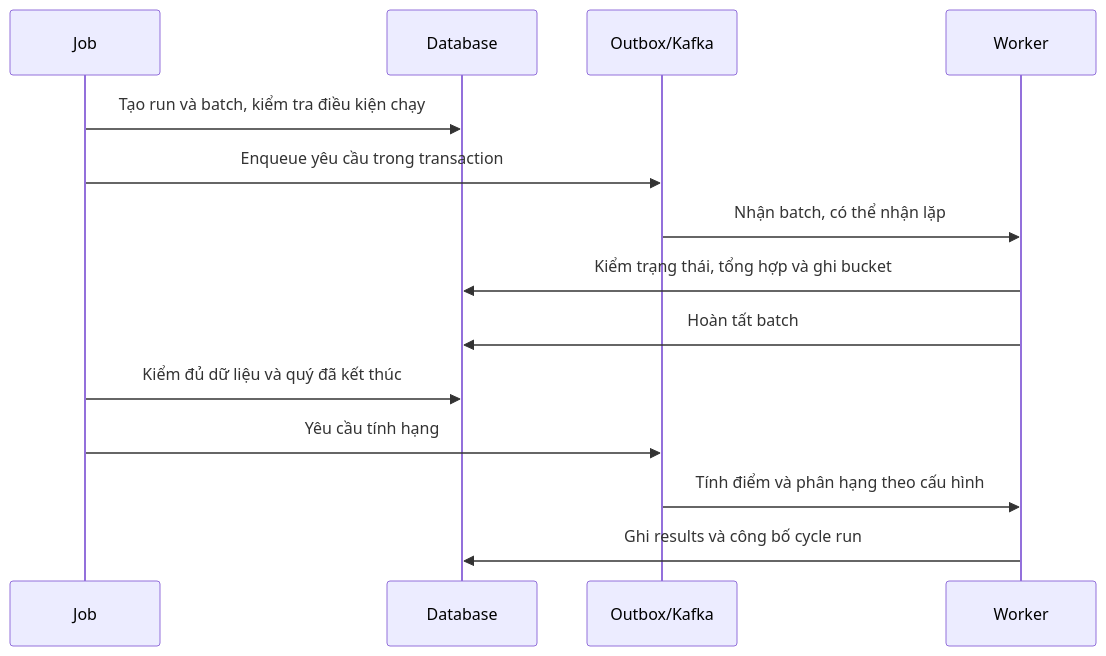
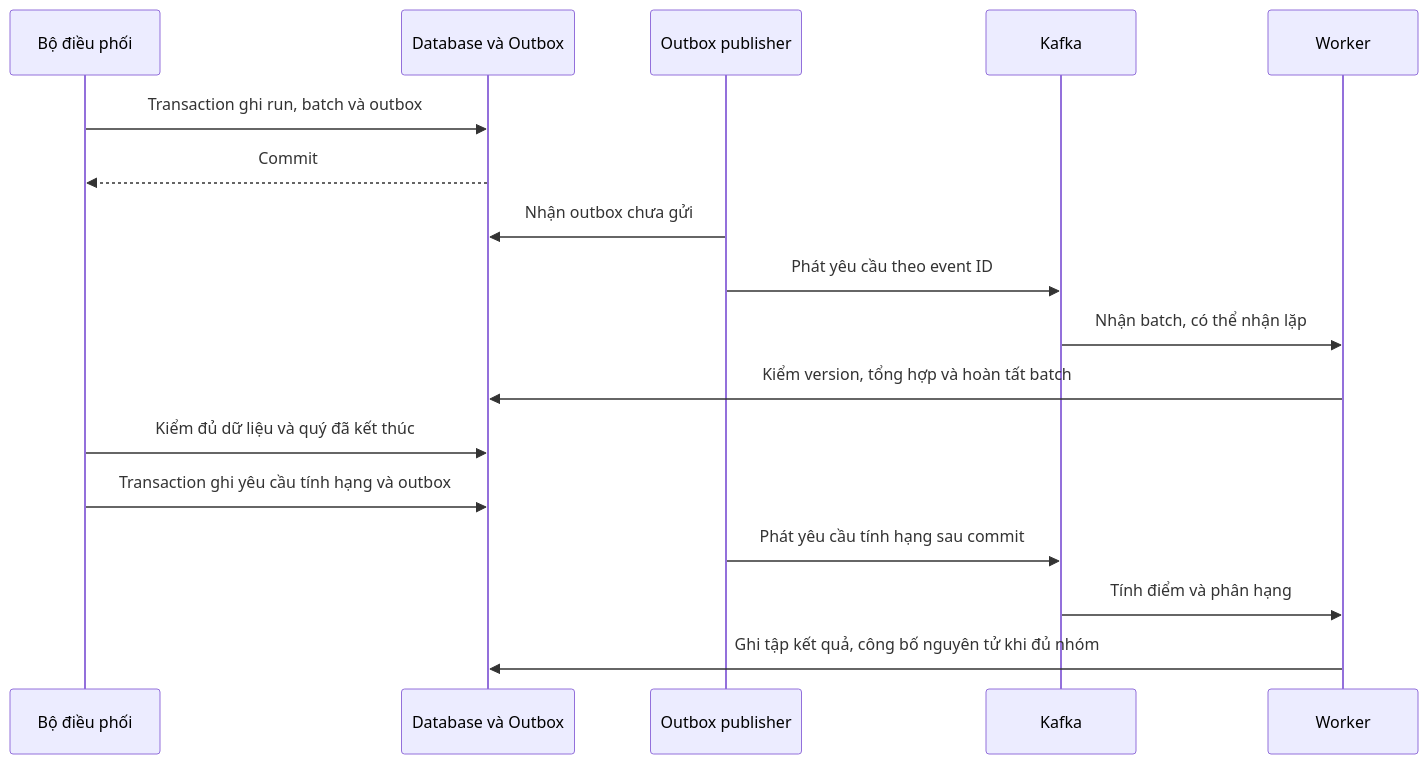
Before and after one commit to huynv-xyz/vhm-tdd: the seventh of 12 diagrams in cobroker/ttd-cobroker.md, drawn with Mermaid. The commit also changed other lines of this file and 13 other files, not shown here.

Commit message:
docs: strengthen Cobroker design after architecture review

````diff
--- a/cobroker/ttd-cobroker.md
+++ b/cobroker/ttd-cobroker.md
@@ -798,16 +948,19 @@
 ```mermaid
 sequenceDiagram
-    participant J as Job
-    participant D as Database
-    participant K as Outbox/Kafka
+    participant J as Bộ điều phối
+    participant D as Database và Outbox
+    participant P as Outbox publisher
+    participant K as Kafka
     participant W as Worker
-    J->>D: Tạo run và batch, kiểm tra điều kiện chạy
-    J->>K: Enqueue yêu cầu trong transaction
+    J->>D: Transaction ghi run, batch và outbox
+    D-->>J: Commit
+    P->>D: Nhận outbox chưa gửi
+    P->>K: Phát yêu cầu theo event ID
     K->>W: Nhận batch, có thể nhận lặp
-    W->>D: Kiểm trạng thái, tổng hợp và ghi bucket
-    W->>D: Hoàn tất batch
+    W->>D: Kiểm version, tổng hợp và hoàn tất batch
     J->>D: Kiểm đủ dữ liệu và quý đã kết thúc
-    J->>K: Yêu cầu tính hạng
-    K->>W: Tính điểm và phân hạng theo cấu hình
-    W->>D: Ghi results và công bố cycle run
+    J->>D: Transaction ghi yêu cầu tính hạng và outbox
+    P->>K: Phát yêu cầu tính hạng sau commit
+    K->>W: Tính điểm và phân hạng
+    W->>D: Ghi tập kết quả, công bố nguyên tử khi đủ nhóm
 ```
````
